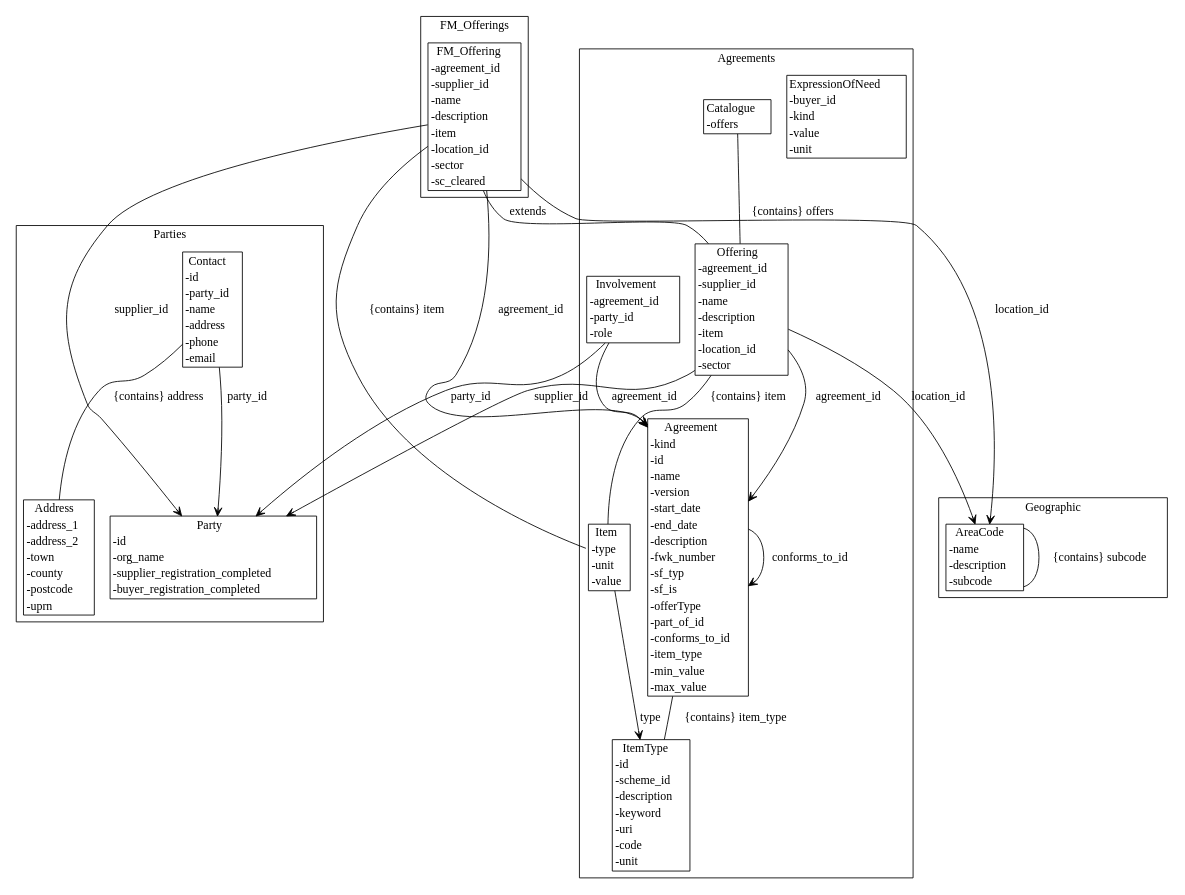
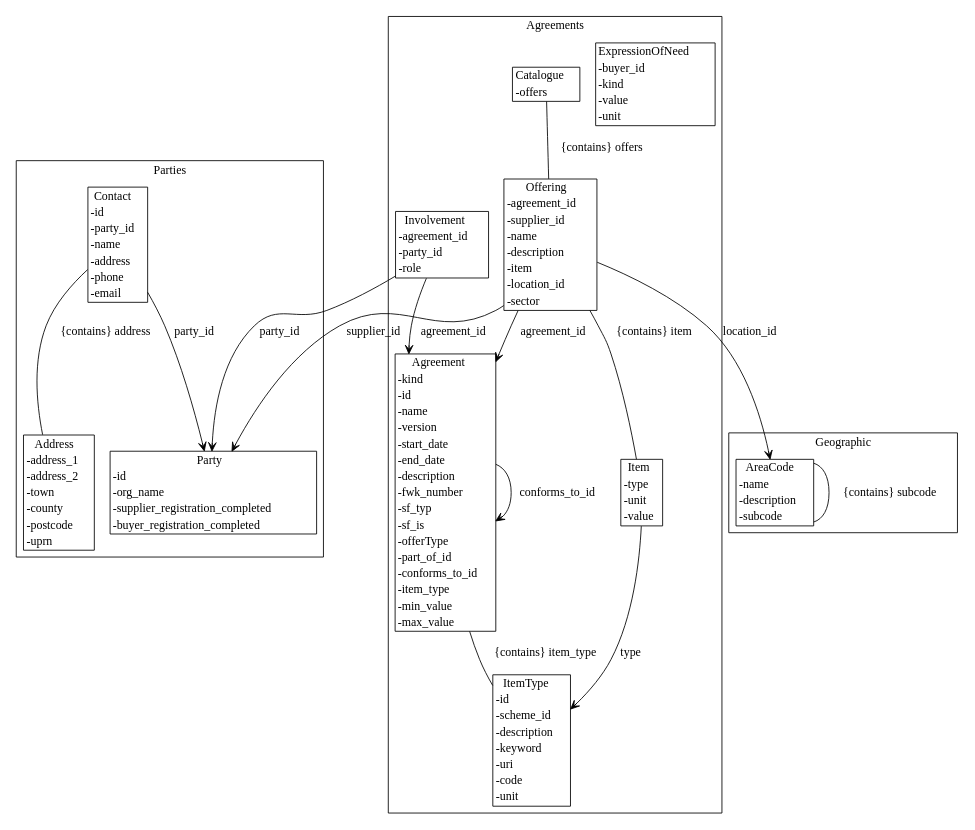
Before and after one commit to Crown-Commercial-Service/cmp-design-prototype: the diagram in agreement-design/gen/diagrams/metamodel.dot, drawn with Graphviz. The commit also changed 11 other files, not shown here.

```diff
--- a/agreement-design/gen/diagrams/metamodel.dot
+++ b/agreement-design/gen/diagrams/metamodel.dot
@@ -1,49 +1,39 @@
 strict digraph {
 subgraph cluster_Agreements {
 node [shape=plaintext margin=0];
 label=Agreements;
 "ItemType" [label=<<table BORDER="1" CELLBORDER="0" CELLSPACING="0"><TH><TD>ItemType</TD></TH><TR><TD ALIGN="LEFT">-id</TD></TR><TR><TD ALIGN="LEFT">-scheme_id</TD></TR><TR><TD ALIGN="LEFT">-description</TD></TR><TR><TD ALIGN="LEFT">-keyword</TD></TR><TR><TD ALIGN="LEFT">-uri</TD></TR><TR><TD ALIGN="LEFT">-code</TD></TR><TR><TD ALIGN="LEFT">-unit</TD></TR></table>>];
 "ExpressionOfNeed" [label=<<table BORDER="1" CELLBORDER="0" CELLSPACING="0"><TH><TD>ExpressionOfNeed</TD></TH><TR><TD ALIGN="LEFT">-buyer_id</TD></TR><TR><TD ALIGN="LEFT">-kind</TD></TR><TR><TD ALIGN="LEFT">-value</TD></TR><TR><TD ALIGN="LEFT">-unit</TD></TR></table>>];
 "Agreement" [label=<<table BORDER="1" CELLBORDER="0" CELLSPACING="0"><TH><TD>Agreement</TD></TH><TR><TD ALIGN="LEFT">-kind</TD></TR><TR><TD ALIGN="LEFT">-id</TD></TR><TR><TD ALIGN="LEFT">-name</TD></TR><TR><TD ALIGN="LEFT">-version</TD></TR><TR><TD ALIGN="LEFT">-start_date</TD></TR><TR><TD ALIGN="LEFT">-end_date</TD></TR><TR><TD ALIGN="LEFT">-description</TD></TR><TR><TD ALIGN="LEFT">-fwk_number</TD></TR><TR><TD ALIGN="LEFT">-sf_typ</TD></TR><TR><TD ALIGN="LEFT">-sf_is</TD></TR><TR><TD ALIGN="LEFT">-offerType</TD></TR><TR><TD ALIGN="LEFT">-part_of_id</TD></TR><TR><TD ALIGN="LEFT">-conforms_to_id</TD></TR><TR><TD ALIGN="LEFT">-item_type</TD></TR><TR><TD ALIGN="LEFT">-min_value</TD></TR><TR><TD ALIGN="LEFT">-max_value</TD></TR></table>>];
 "Item" [label=<<table BORDER="1" CELLBORDER="0" CELLSPACING="0"><TH><TD>Item</TD></TH><TR><TD ALIGN="LEFT">-type</TD></TR><TR><TD ALIGN="LEFT">-unit</TD></TR><TR><TD ALIGN="LEFT">-value</TD></TR></table>>];
 "Offering" [label=<<table BORDER="1" CELLBORDER="0" CELLSPACING="0"><TH><TD>Offering</TD></TH><TR><TD ALIGN="LEFT">-agreement_id</TD></TR><TR><TD ALIGN="LEFT">-supplier_id</TD></TR><TR><TD ALIGN="LEFT">-name</TD></TR><TR><TD ALIGN="LEFT">-description</TD></TR><TR><TD ALIGN="LEFT">-item</TD></TR><TR><TD ALIGN="LEFT">-location_id</TD></TR><TR><TD ALIGN="LEFT">-sector</TD></TR></table>>];
 "Catalogue" [label=<<table BORDER="1" CELLBORDER="0" CELLSPACING="0"><TH><TD>Catalogue</TD></TH><TR><TD ALIGN="LEFT">-offers</TD></TR></table>>];
 "Involvement" [label=<<table BORDER="1" CELLBORDER="0" CELLSPACING="0"><TH><TD>Involvement</TD></TH><TR><TD ALIGN="LEFT">-agreement_id</TD></TR><TR><TD ALIGN="LEFT">-party_id</TD></TR><TR><TD ALIGN="LEFT">-role</TD></TR></table>>];
 }
 subgraph cluster_Parties {
 node [shape=plaintext margin=0];
 label=Parties;
 "Party" [label=<<table BORDER="1" CELLBORDER="0" CELLSPACING="0"><TH><TD>Party</TD></TH><TR><TD ALIGN="LEFT">-id</TD></TR><TR><TD ALIGN="LEFT">-org_name</TD></TR><TR><TD ALIGN="LEFT">-supplier_registration_completed</TD></TR><TR><TD ALIGN="LEFT">-buyer_registration_completed</TD></TR></table>>];
 "Address" [label=<<table BORDER="1" CELLBORDER="0" CELLSPACING="0"><TH><TD>Address</TD></TH><TR><TD ALIGN="LEFT">-address_1</TD></TR><TR><TD ALIGN="LEFT">-address_2</TD></TR><TR><TD ALIGN="LEFT">-town</TD></TR><TR><TD ALIGN="LEFT">-county</TD></TR><TR><TD ALIGN="LEFT">-postcode</TD></TR><TR><TD ALIGN="LEFT">-uprn</TD></TR></table>>];
 "Contact" [label=<<table BORDER="1" CELLBORDER="0" CELLSPACING="0"><TH><TD>Contact</TD></TH><TR><TD ALIGN="LEFT">-id</TD></TR><TR><TD ALIGN="LEFT">-party_id</TD></TR><TR><TD ALIGN="LEFT">-name</TD></TR><TR><TD ALIGN="LEFT">-address</TD></TR><TR><TD ALIGN="LEFT">-phone</TD></TR><TR><TD ALIGN="LEFT">-email</TD></TR></table>>];
 }
 subgraph cluster_Geographic {
 node [shape=plaintext margin=0];
 label=Geographic;
 "AreaCode" [label=<<table BORDER="1" CELLBORDER="0" CELLSPACING="0"><TH><TD>AreaCode</TD></TH><TR><TD ALIGN="LEFT">-name</TD></TR><TR><TD ALIGN="LEFT">-description</TD></TR><TR><TD ALIGN="LEFT">-subcode</TD></TR></table>>];
 }
-subgraph cluster_FM_Offerings {
-node [shape=plaintext margin=0];
-label=FM_Offerings;
-"FM_Offering" [label=<<table BORDER="1" CELLBORDER="0" CELLSPACING="0"><TH><TD>FM_Offering</TD></TH><TR><TD ALIGN="LEFT">-agreement_id</TD></TR><TR><TD ALIGN="LEFT">-supplier_id</TD></TR><TR><TD ALIGN="LEFT">-name</TD></TR><TR><TD ALIGN="LEFT">-description</TD></TR><TR><TD ALIGN="LEFT">-item</TD></TR><TR><TD ALIGN="LEFT">-location_id</TD></TR><TR><TD ALIGN="LEFT">-sector</TD></TR><TR><TD ALIGN="LEFT">-sc_cleared</TD></TR></table>>];
-}
 "Agreement" -> "Agreement" [label="part_of_id" arrowhead = "open" arrowtail = "none" ];
 "Agreement" -> "Agreement" [label="conforms_to_id" arrowhead = "open" arrowtail = "none" ];
 "Agreement" -> "ItemType" [label="{contains} item_type" arrowhead = "none" arrowtail = "diamond" ];
 "Item" -> "ItemType" [label="type" arrowhead = "open" arrowtail = "none" ];
 "Offering" -> "Agreement" [label="agreement_id" arrowhead = "open" arrowtail = "none" ];
 "Offering" -> "Party" [label="supplier_id" arrowhead = "open" arrowtail = "none" ];
 "Offering" -> "Item" [label="{contains} item" arrowhead = "none" arrowtail = "diamond" ];
 "Offering" -> "AreaCode" [label="location_id" arrowhead = "open" arrowtail = "none" ];
 "Catalogue" -> "Offering" [label="{contains} offers" arrowhead = "none" arrowtail = "diamond" ];
 "Involvement" -> "Agreement" [label="agreement_id" arrowhead = "open" arrowtail = "none" ];
 "Involvement" -> "Party" [label="party_id" arrowhead = "open" arrowtail = "none" ];
 "Contact" -> "Party" [label="party_id" arrowhead = "open" arrowtail = "none" ];
 "Contact" -> "Address" [label="{contains} address" arrowhead = "none" arrowtail = "diamond" ];
 "AreaCode" -> "AreaCode" [label="{contains} subcode" arrowhead = "none" arrowtail = "diamond" ];
-"FM_Offering" -> "Offering" [label="extends" arrowhead = "none" arrowtail = "normal" ];
-"FM_Offering" -> "Agreement" [label="agreement_id" arrowhead = "open" arrowtail = "none" ];
-"FM_Offering" -> "Party" [label="supplier_id" arrowhead = "open" arrowtail = "none" ];
-"FM_Offering" -> "Item" [label="{contains} item" arrowhead = "none" arrowtail = "diamond" ];
-"FM_Offering" -> "AreaCode" [label="location_id" arrowhead = "open" arrowtail = "none" ];
 }
```
